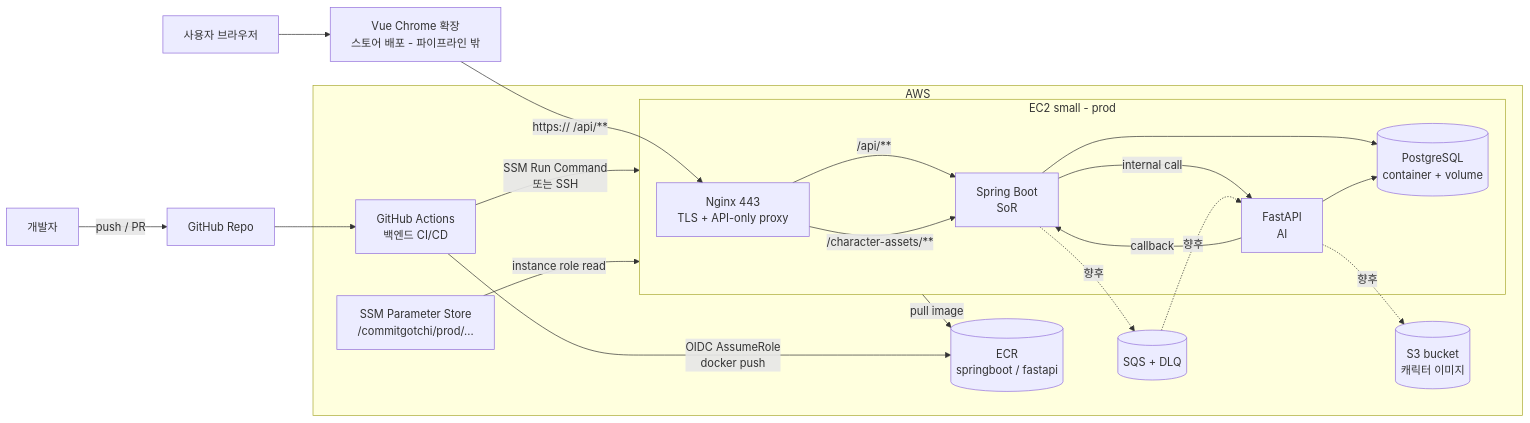
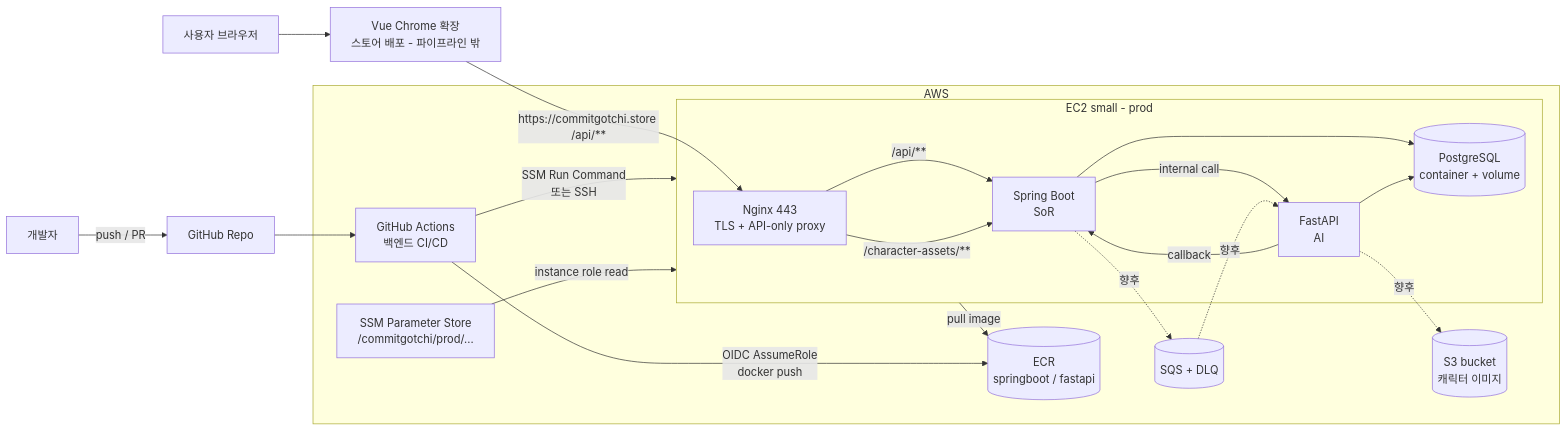
Before and after one commit to YunAndDong/commitgotchi: the diagram in docs/mvp-cicd-pipeline-plan.md, drawn with Mermaid. The commit also changed other lines of this file and 3 other files, not shown here.

First line of the commit message:
docs: set commitgotchi.store domain + DNS plan (Gabia A record now, Route53 at ALB)

````diff
--- a/docs/mvp-cicd-pipeline-plan.md
+++ b/docs/mvp-cicd-pipeline-plan.md
@@ -70,34 +70,34 @@
 ```mermaid
 flowchart LR
     Dev[개발자] -->|push / PR| GH[GitHub Repo]
     GH --> GA[GitHub Actions<br/>백엔드 CI/CD]
 
     User[사용자 브라우저] --> Ext[Vue Chrome 확장<br/>스토어 배포 - 파이프라인 밖]
 
     subgraph AWS
       GA -->|OIDC AssumeRole<br/>docker push| ECR[(ECR<br/>springboot / fastapi)]
       GA -->|SSM Run Command<br/>또는 SSH| EC2
 
       subgraph EC2[EC2 small - prod]
         NGINX[Nginx 443<br/>TLS + API-only proxy]
         SB[Spring Boot<br/>SoR]
         FA[FastAPI<br/>AI]
         PG[(PostgreSQL<br/>container + volume)]
 
         NGINX -->|/api/**| SB
         NGINX -->|/character-assets/**| SB
         SB -->|internal call| FA
         FA -->|callback| SB
         SB --> PG
         FA --> PG
       end
 
       EC2 -->|pull image| ECR
       SSM[SSM Parameter Store<br/>/commitgotchi/prod/...] -->|instance role read| EC2
       FA -.->|향후| S3[(S3 bucket<br/>캐릭터 이미지)]
       SB -.->|향후| SQS[(SQS + DLQ)]
       SQS -.->|향후| FA
     end
 
-    Ext -->|https://<api-domain> /api/**| NGINX
+    Ext -->|https://commitgotchi.store /api/**| NGINX
 ```
````
